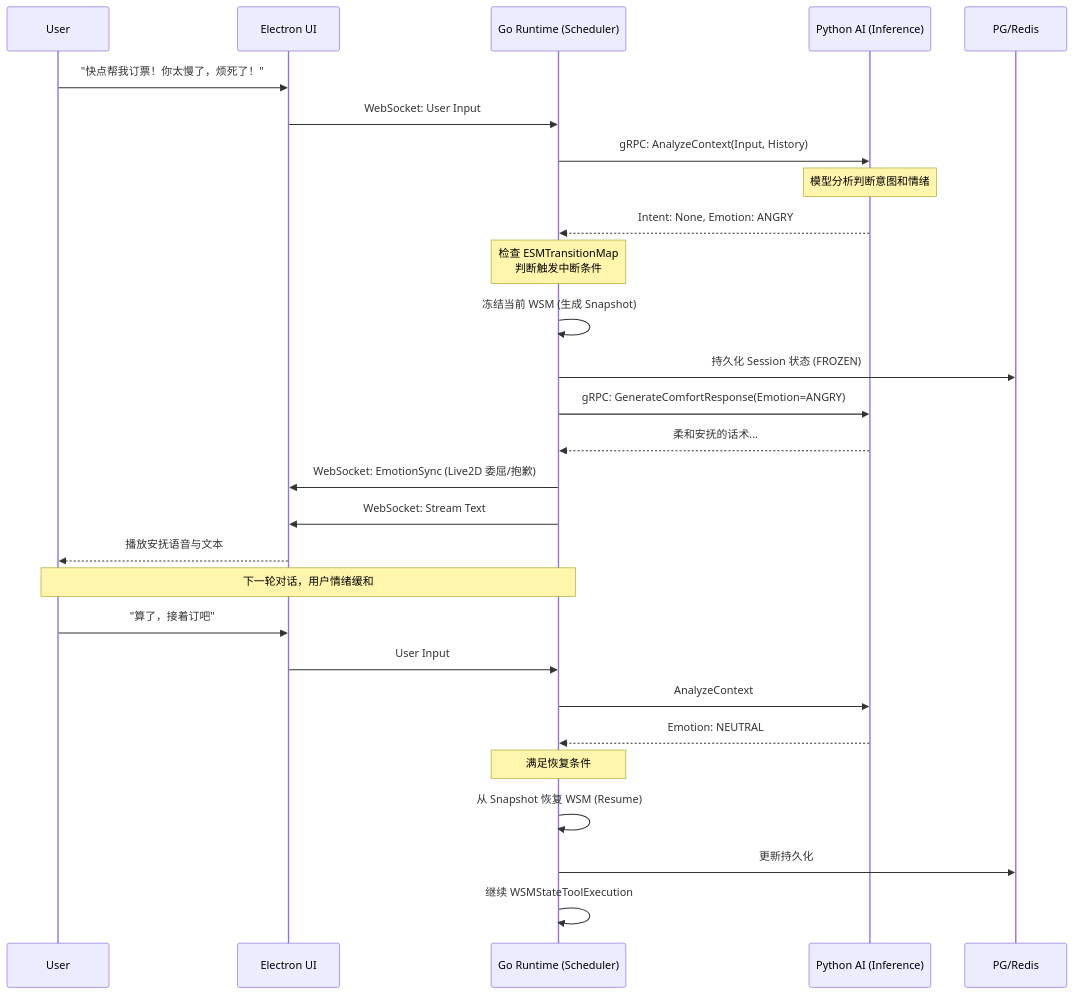
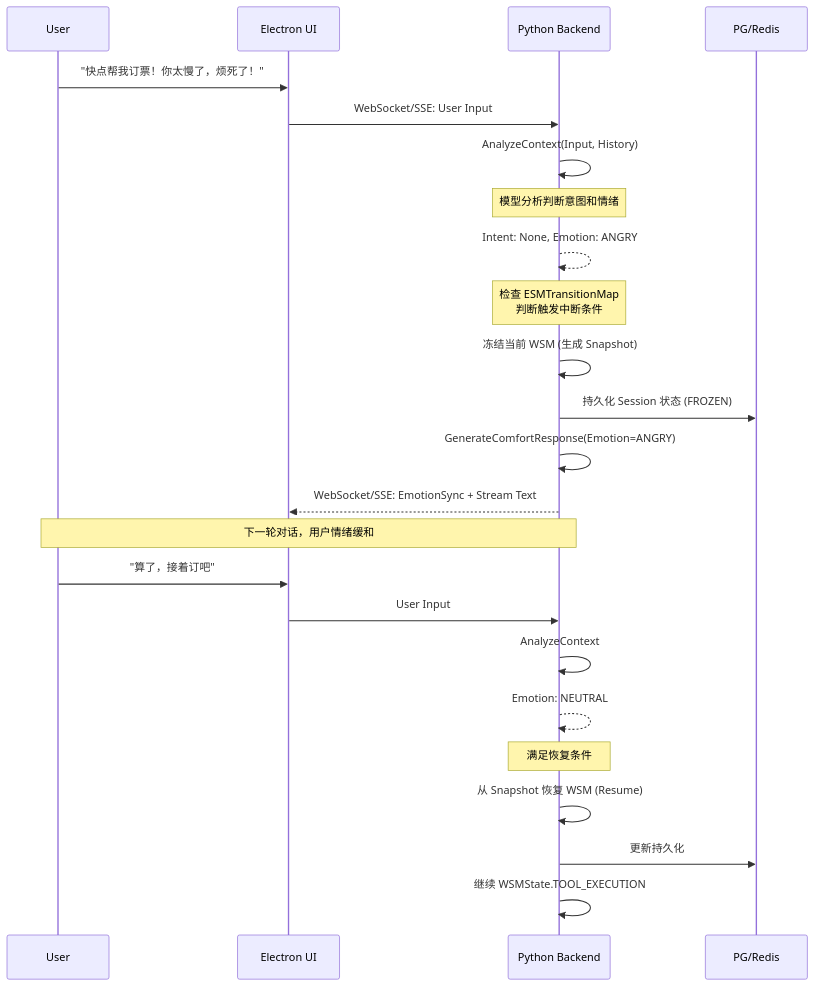
Before and after one commit to xie480/Luna-AI: the first of 2 diagrams in backend/docs/system/工作状态机与情绪状态机方案.md, drawn with Mermaid. The commit also changed other lines of this file and 14 other files, not shown here.

````diff
--- a/backend/docs/system/工作状态机与情绪状态机方案.md
+++ b/backend/docs/system/工作状态机与情绪状态机方案.md
@@ -146,37 +137,32 @@
 ```mermaid
 sequenceDiagram
     participant User
     participant UI as Electron UI
-    participant Go as Go Runtime (Scheduler)
-    participant Py as Python AI (Inference)
+    participant Py as Python Backend
     participant DB as PG/Redis
 
     User->>UI: "快点帮我订票！你太慢了，烦死了！"
-    UI->>Go: WebSocket: User Input
-    Go->>Py: gRPC: AnalyzeContext(Input, History)
+    UI->>Py: WebSocket/SSE: User Input
+    Py->>Py: AnalyzeContext(Input, History)
 
     note over Py: 模型分析判断意图和情绪
-    Py-->>Go: Intent: None, Emotion: ANGRY
+    Py-->>Py: Intent: None, Emotion: ANGRY
 
-    note over Go: 检查 ESMTransitionMap<br/>判断触发中断条件
-    Go->>Go: 冻结当前 WSM (生成 Snapshot)
-    Go->>DB: 持久化 Session 状态 (FROZEN)
+    note over Py: 检查 ESMTransitionMap<br/>判断触发中断条件
+    Py->>Py: 冻结当前 WSM (生成 Snapshot)
+    Py->>DB: 持久化 Session 状态 (FROZEN)
 
-    Go->>Py: gRPC: GenerateComfortResponse(Emotion=ANGRY)
-    Py-->>Go: 柔和安抚的话术...
+    Py->>Py: GenerateComfortResponse(Emotion=ANGRY)
+    Py-->>UI: WebSocket/SSE: EmotionSync + Stream Text
 
-    Go->>UI: WebSocket: EmotionSync (Live2D 委屈/抱歉)
-    Go->>UI: WebSocket: Stream Text
-    UI-->>User: 播放安抚语音与文本
+    note over User, Py: 下一轮对话，用户情绪缓和
+    User->>UI: "算了，接着订吧"
+    UI->>Py: User Input
+    Py->>Py: AnalyzeContext
+    Py-->>Py: Emotion: NEUTRAL
 
-    note over User, Go: 下一轮对话，用户情绪缓和
-    User->>UI: "算了，接着订吧"
-    UI->>Go: User Input
-    Go->>Py: AnalyzeContext
-    Py-->>Go: Emotion: NEUTRAL
-
-    note over Go: 满足恢复条件
-    Go->>Go: 从 Snapshot 恢复 WSM (Resume)
-    Go->>DB: 更新持久化
-    Go->>Go: 继续 WSMStateToolExecution
+    note over Py: 满足恢复条件
+    Py->>Py: 从 Snapshot 恢复 WSM (Resume)
+    Py->>DB: 更新持久化
+    Py->>Py: 继续 WSMState.TOOL_EXECUTION
 ```
````
